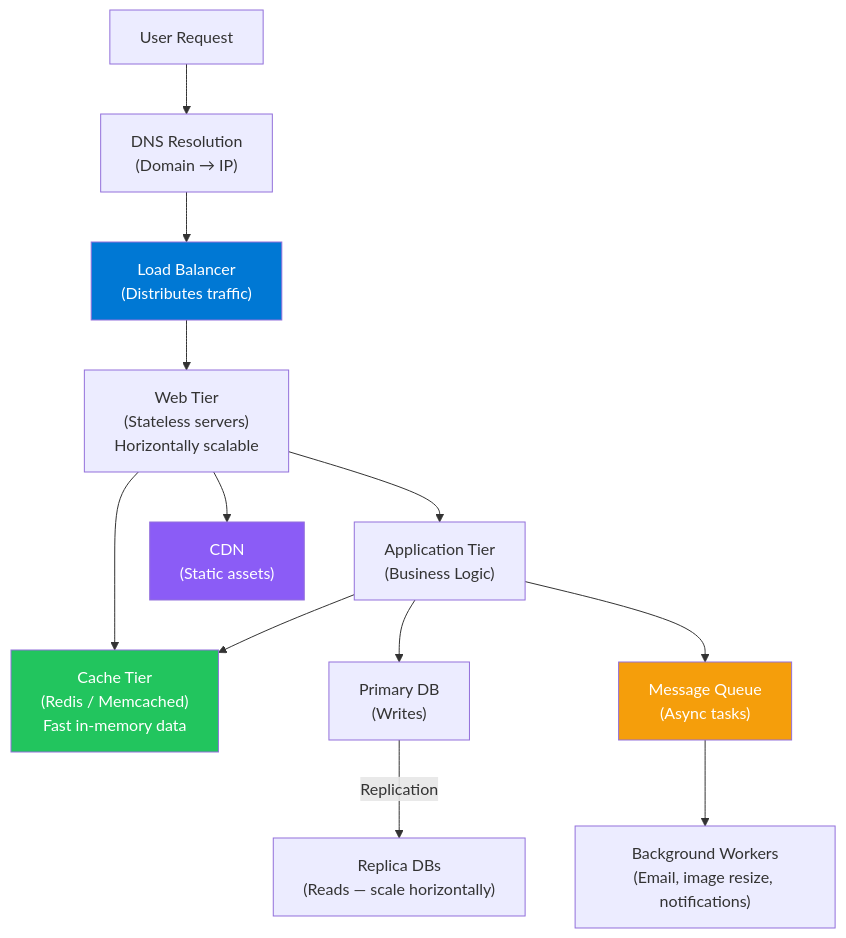
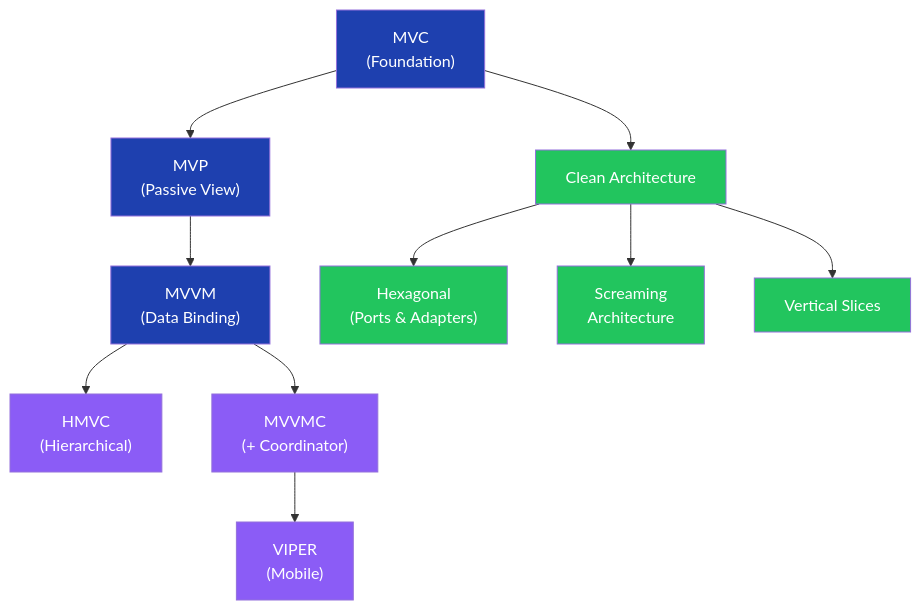
One commit to rajaghosh/InterviewPrep changed the fifth of 34 diagrams in Architechture-Concepts/Description-Questions2-Complete.md. Above: the diagram before and after it, drawn with Mermaid. The commit also changed other lines of this file and 240 other files, not shown here.

````diff
--- a/Architechture-Concepts/Description-Questions2-Complete.md
+++ b/Architechture-Concepts/Description-Questions2-Complete.md
@@ -164,18 +168,19 @@
 ```mermaid
 flowchart TD
-    USER["User Request"] --> DNS["DNS Resolution\n(Domain → IP)"] --> LB["Load Balancer\n(Distributes traffic)"]
-    LB --> WEB["Web Tier\n(Stateless servers)\nHorizontally scalable"]
-    WEB --> CACHE["Cache Tier\n(Redis / Memcached)\nFast in-memory data"]
-    WEB --> APP["Application Tier\n(Business Logic)"]
-    APP --> CACHE
-    APP --> DB_PRIMARY["Primary DB\n(Writes)"]
-    DB_PRIMARY -->|"Replication"| DB_REPLICA["Replica DBs\n(Reads — scale horizontally)"]
-    APP --> QUEUE["Message Queue\n(Async tasks)"]
-    QUEUE --> WORKERS["Background Workers\n(Email, image resize, notifications)"]
-    WEB --> CDN["CDN\n(Static assets)"]
+    MVC["MVC\n(Foundation)"] --> MVP["MVP\n(Passive View)"]
+    MVP --> MVVM["MVVM\n(Data Binding)"]
+    MVVM --> HMVC["HMVC\n(Hierarchical)"]
+    MVVM --> MVVMC["MVVMC\n(+ Coordinator)"]
+    MVVMC --> VIPER["VIPER\n(Mobile)"]
+    MVC --> Clean["Clean Architecture"]
+    Clean --> Hex["Hexagonal\n(Ports & Adapters)"]
+    Clean --> Scream["Screaming\nArchitecture"]
+    Clean --> VS["Vertical Slices"]
 
-    style LB fill:#0078D4,color:#fff
-    style CACHE fill:#22c55e,color:#fff
-    style CDN fill:#8b5cf6,color:#fff
-    style QUEUE fill:#f59e0b,color:#fff
+    classDef found fill:#1e40af,color:#fff
+    classDef adv fill:#8b5cf6,color:#fff
+    classDef modern fill:#22c55e,color:#fff
+    class MVC,MVP,MVVM found
+    class HMVC,MVVMC,VIPER adv
+    class Clean,Hex,Scream,VS modern
 ```
````
